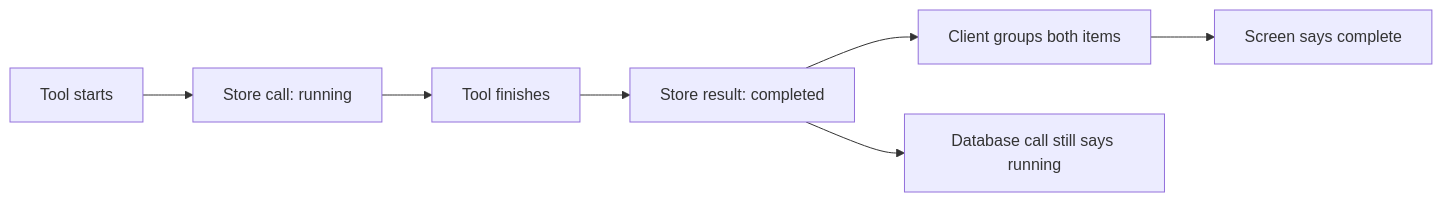
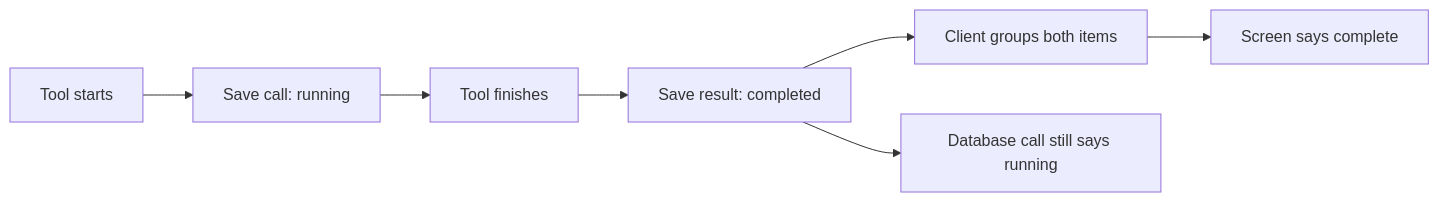
One commit to kpsuperplane/Noema changed diagram 13 of 29 in docs/superpowers/plans/2026-08-08-noema-practical-reliability-roadmap.md. Above: the diagram before and after it, drawn with Mermaid. The commit also changed other lines of this file, not shown here.

Commit message:
docs: apply plain terms across roadmap

````diff
--- a/docs/superpowers/plans/2026-08-08-noema-practical-reliability-roadmap.md
+++ b/docs/superpowers/plans/2026-08-08-noema-practical-reliability-roadmap.md
@@ -874,9 +884,9 @@
 ```mermaid
 flowchart LR
-    A["Tool starts"] --> B["Store call: running"]
+    A["Tool starts"] --> B["Save call: running"]
     B --> C["Tool finishes"]
-    C --> D["Store result: completed"]
+    C --> D["Save result: completed"]
     D --> E["Client groups both items"]
     E --> F["Screen says complete"]
     D --> G["Database call still says running"]
 ```
````
